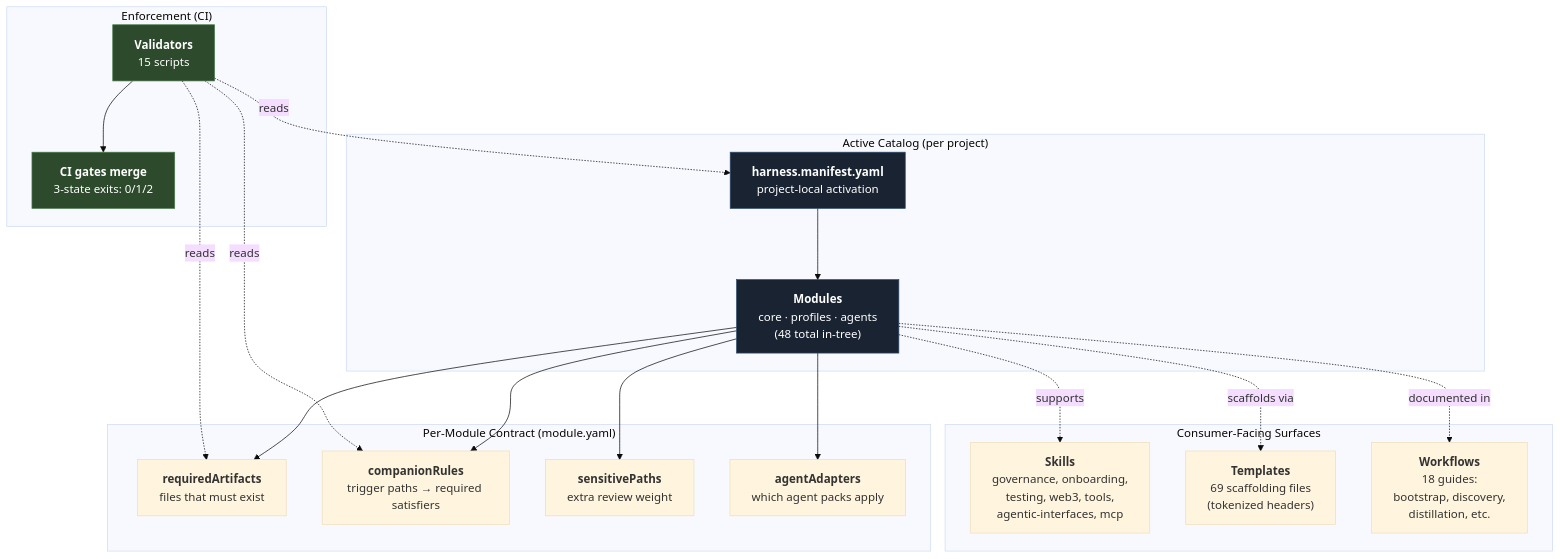
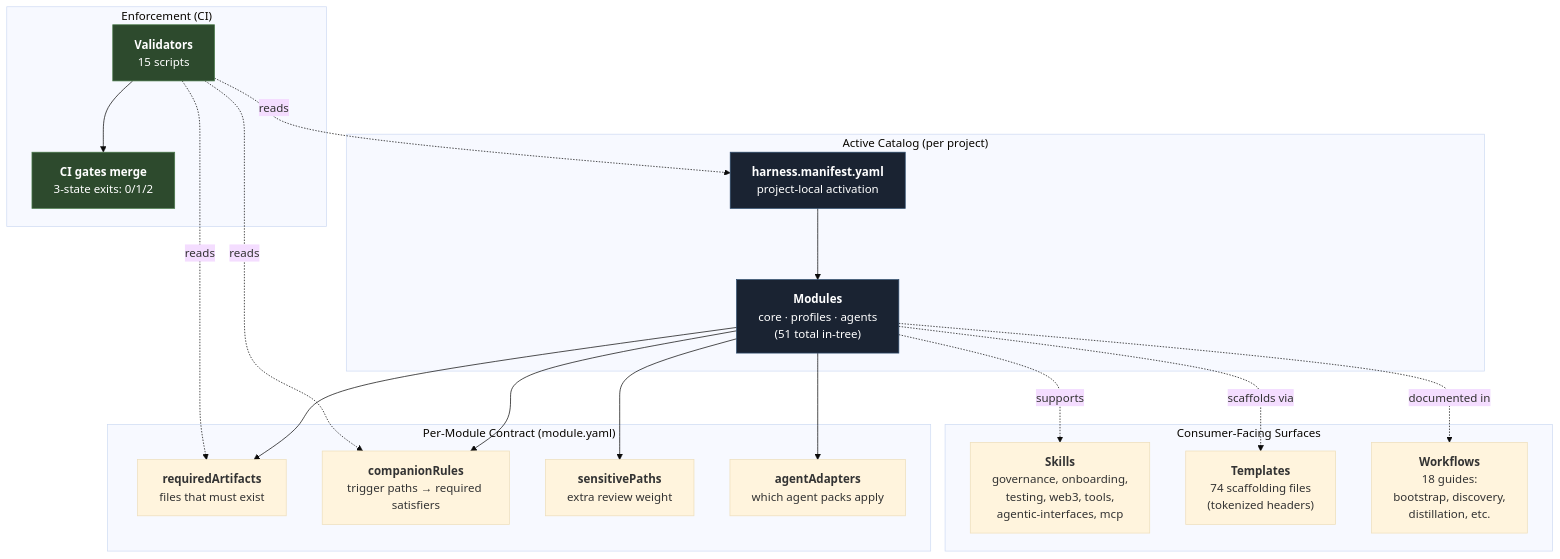
One commit to unclenate/auto-harness changed the first of 13 diagrams in docs/architecture/diagrams.md. Above: the diagram before and after it, drawn with Mermaid (base theme). The commit also changed other lines of this file and 22 other files, not shown here.

First line of the commit message:
[AEC wedge] PRD-0019 implementation — 3 modules + 5 templates + composition + diagram + propagation

````diff
--- a/docs/architecture/diagrams.md
+++ b/docs/architecture/diagrams.md
@@ -49,38 +50,38 @@
 ```mermaid
 flowchart TD
     Manifest["<b>harness.manifest.yaml</b><br/>project-local activation"]
 
     subgraph CATALOG["Active Catalog (per project)"]
-        Manifest --> Modules["<b>Modules</b><br/>core · profiles · agents<br/>(48 total in-tree)"]
+        Manifest --> Modules["<b>Modules</b><br/>core · profiles · agents<br/>(51 total in-tree)"]
     end
 
     subgraph CONTRACT["Per-Module Contract (module.yaml)"]
         Modules --> Required["<b>requiredArtifacts</b><br/>files that must exist"]
         Modules --> Companions["<b>companionRules</b><br/>trigger paths → required satisfiers"]
         Modules --> Sensitive["<b>sensitivePaths</b><br/>extra review weight"]
         Modules --> Adapters["<b>agentAdapters</b><br/>which agent packs apply"]
     end
 
     subgraph ENFORCE["Enforcement (CI)"]
         Validators["<b>Validators</b><br/>15 scripts"]
         Validators -.reads.-> Manifest
         Validators -.reads.-> Required
         Validators -.reads.-> Companions
         Validators --> CIGate["<b>CI gates merge</b><br/>3-state exits: 0/1/2"]
     end
 
     subgraph SURFACE["Consumer-Facing Surfaces"]
         Skills["<b>Skills</b><br/>governance, onboarding,<br/>testing, web3, tools,<br/>agentic-interfaces, mcp"]
-        Templates["<b>Templates</b><br/>69 scaffolding files<br/>(tokenized headers)"]
+        Templates["<b>Templates</b><br/>74 scaffolding files<br/>(tokenized headers)"]
         Workflows["<b>Workflows</b><br/>18 guides:<br/>bootstrap, discovery,<br/>distillation, etc."]
     end
 
     Modules -.supports.-> Skills
     Modules -.scaffolds via.-> Templates
     Modules -.documented in.-> Workflows
 
     style Manifest fill:#1a2332,stroke:#2c4a6b,color:#fff
     style Modules fill:#1a2332,stroke:#2c4a6b,color:#fff
     style Validators fill:#2d4a2d,stroke:#4a7a4a,color:#fff
     style CIGate fill:#2d4a2d,stroke:#4a7a4a,color:#fff
 ```
````
